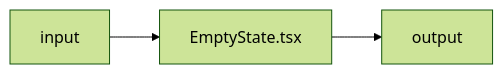
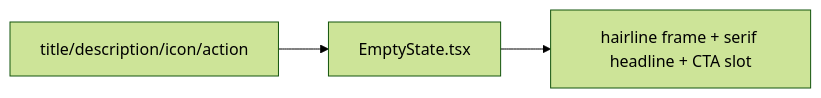
Before and after one commit to AzamatRaimbekov2/openCreate: the diagram in apps/web/src/shared/ui/EmptyState.tsx.md, drawn with Mermaid (forest theme). The commit also changed other lines of this file and 51 other files, not shown here.

````diff
--- a/apps/web/src/shared/ui/EmptyState.tsx.md
+++ b/apps/web/src/shared/ui/EmptyState.tsx.md
@@ -19,4 +19,4 @@
 ```mermaid
 flowchart LR
-  IN[input] --> EmptyState[EmptyState.tsx] --> OUT[output]
+  P[title/description/icon/action] --> ES[EmptyState.tsx] --> OUT[hairline frame + serif headline + CTA slot]
 ```
````
